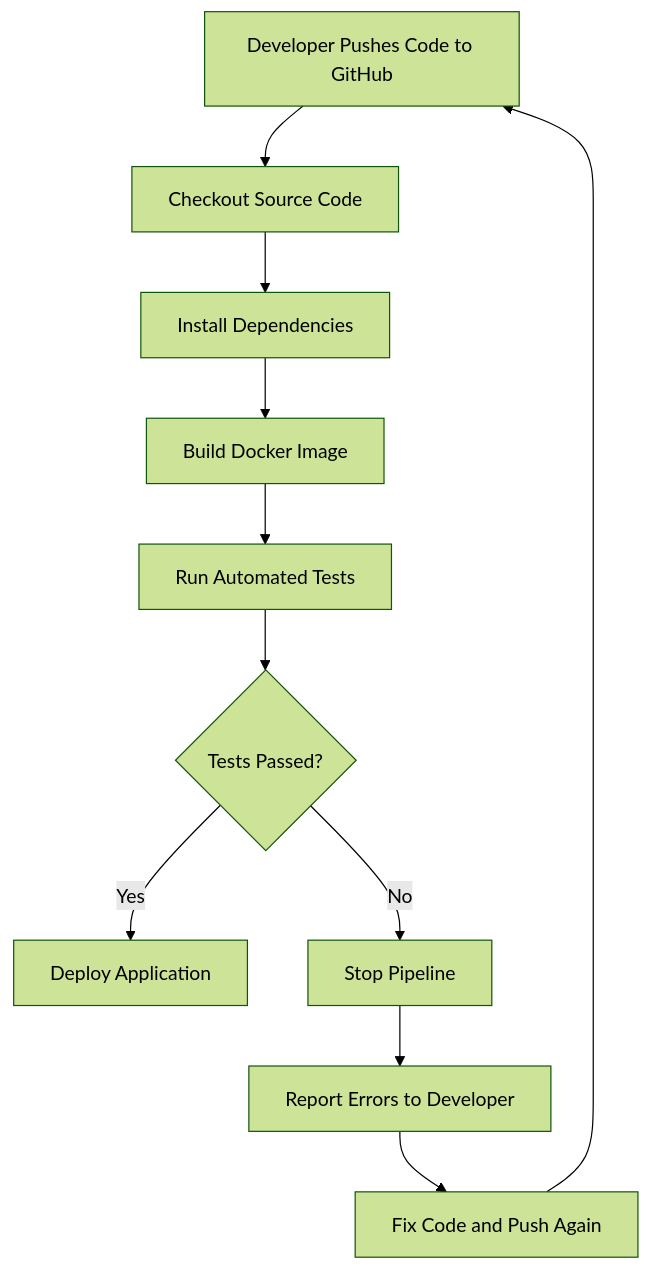
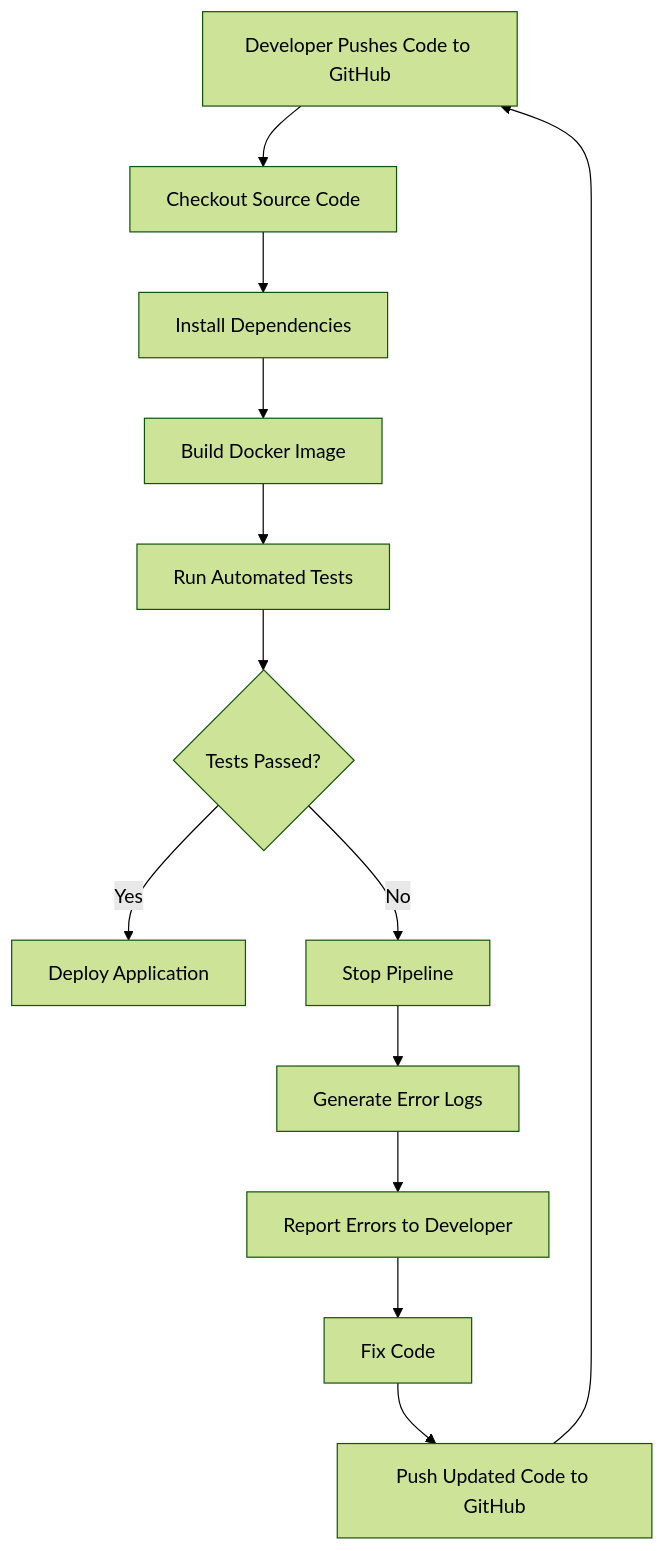
The diagram in activity-5/CI-CD-Pipeline.md (mrskianaebrahimi-blip/task-management-api), drawn with Mermaid (forest theme) before and after one commit. The commit also changed other lines of this file, not shown here.

````diff
--- a/activity-5/CI-CD-Pipeline.md
+++ b/activity-5/CI-CD-Pipeline.md
@@ -15,13 +15,15 @@
 ```mermaid
 flowchart TD
     A[Developer Pushes Code to GitHub] --> B[Checkout Source Code]
     B --> C[Install Dependencies]
     C --> D[Build Docker Image]
     D --> E[Run Automated Tests]
     E --> F{Tests Passed?}
     F -->|Yes| G[Deploy Application]
     F -->|No| H[Stop Pipeline]
-    H --> I[Report Errors to Developer]
-    I --> J[Fix Code and Push Again]
-    J --> A
+    H --> I[Generate Error Logs]
+    I --> J[Report Errors to Developer]
+    J --> K[Fix Code]
+    K --> L[Push Updated Code to GitHub]
+    L --> A
 ```
````
